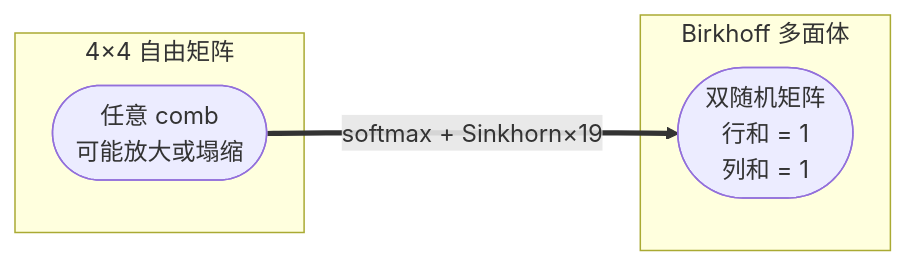
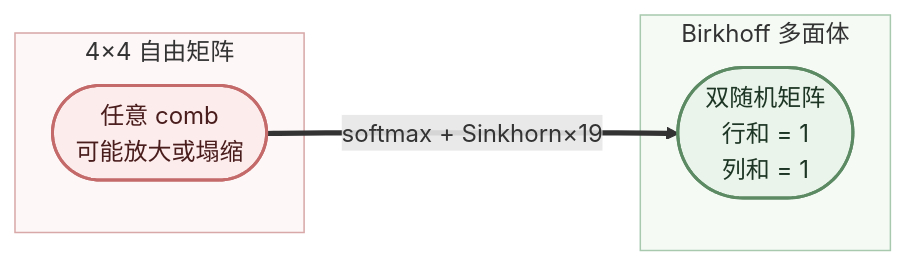
One commit to GoCHug/vllm-ascend changed the fourth of 8 diagrams in vllm_ascend/models/deepseek_v4/dsv4_docs/mhc.md. Above: the diagram before and after it, drawn with Mermaid. The commit also changed other lines of this file, not shown here.

````diff
--- a/vllm_ascend/models/deepseek_v4/dsv4_docs/mhc.md
+++ b/vllm_ascend/models/deepseek_v4/dsv4_docs/mhc.md
@@ -268,10 +291,16 @@
 ```mermaid
 flowchart LR
     subgraph S["4×4 自由矩阵"]
         A(["任意 comb<br/>可能放大或塌缩"])
     end
     subgraph P["Birkhoff 多面体"]
         B(["双随机矩阵<br/>行和 = 1<br/>列和 = 1"])
     end
     A ==>|"softmax + Sinkhorn×19"| B
+    classDef bad fill:#fdecec,stroke:#c46a6a,stroke-width:2px,color:#4a1d1d;
+    classDef good fill:#eaf4ea,stroke:#5c8a63,stroke-width:2px,color:#1d3524;
+    class A bad;
+    class B good;
+    style S fill:#fdf7f7,stroke:#d8a7a7
+    style P fill:#f5faf5,stroke:#a8c9ae
 ```
````
